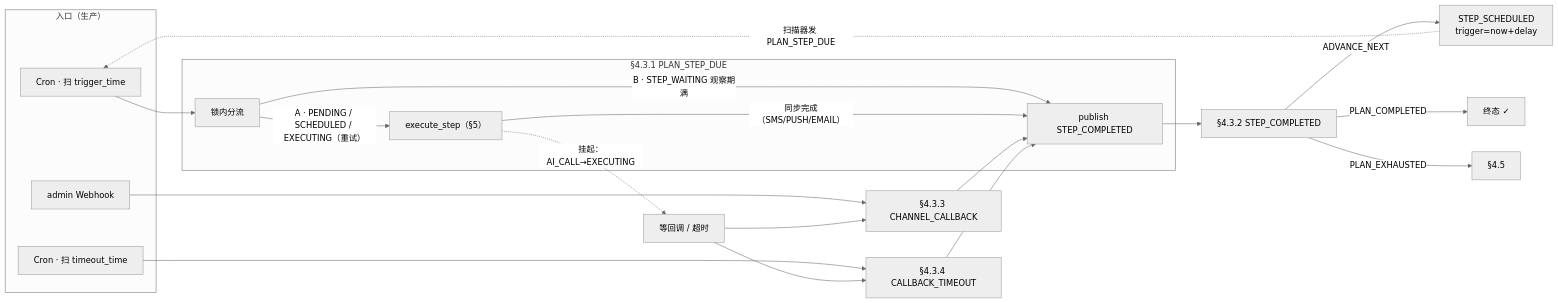
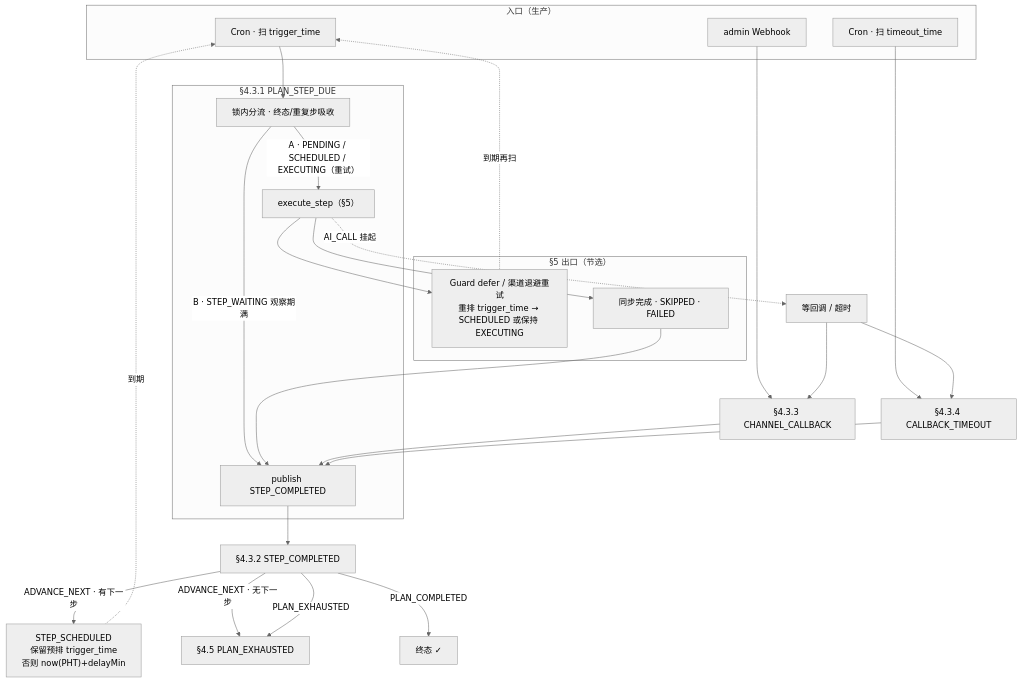
Before and after one commit to katherineliu2102/Intelligent-Collection-V1: the third of 5 diagrams in docs/MOCASA催收系统升级_Phase1_核心引擎规格.md, drawn with Mermaid (neutral theme). The commit also changed other lines of this file and 107 other files, not shown here.

````diff
--- a/docs/MOCASA催收系统升级_Phase1_核心引擎规格.md
+++ b/docs/MOCASA催收系统升级_Phase1_核心引擎规格.md
@@ -336,37 +325,46 @@
 ```mermaid
-flowchart LR
-    subgraph sources["入口（生产）"]
+flowchart TB
+    subgraph in["入口（生产）"]
         C1["Cron · 扫 trigger_time"]
         C2["Cron · 扫 timeout_time"]
         WH["admin Webhook"]
     end
 
-    subgraph due["§4.3.1 PLAN_STEP_DUE"]
-        S1["锁内分流"]
+    subgraph s431["§4.3.1 PLAN_STEP_DUE"]
+        S1["锁内分流 · 终态/重复步吸收"]
         EX["execute_step（§5）"]
         S1 -->|"A · PENDING / SCHEDULED / EXECUTING（重试）"| EX
         S1 -->|"B · STEP_WAITING 观察期满"| HUB
+    end
+
+    subgraph s5out["§5 出口（节选）"]
+        LOOP["Guard defer / 渠道退避重试<br/>重排 trigger_time → SCHEDULED 或保持 EXECUTING"]
+        SYNC["同步完成 · SKIPPED · FAILED"]
     end
 
     CB["§4.3.3 CHANNEL_CALLBACK"]
     TO["§4.3.4 CALLBACK_TIMEOUT"]
     HUB["publish STEP_COMPLETED"]
     ADV["§4.3.2 STEP_COMPLETED"]
 
     C1 --> S1
     C2 --> TO
     WH --> CB
 
-    EX -->|"同步完成（SMS/PUSH/EMAIL）"| HUB
-    EX -.->|"挂起：AI_CALL→EXECUTING"| hang["等回调 / 超时"]
-    hang --> CB
-    hang --> TO
+    EX --> LOOP
+    EX --> SYNC
+    EX -.->|"AI_CALL 挂起"| ASYNC["等回调 / 超时"]
+    LOOP -.->|"到期再扫"| C1
+    SYNC --> HUB
+    ASYNC --> CB
+    ASYNC --> TO
     CB --> HUB
     TO --> HUB
 
     HUB --> ADV
-    ADV -->|ADVANCE_NEXT| NEXT["STEP_SCHEDULED<br/>trigger=now+delay"]
+    ADV -->|"ADVANCE_NEXT · 有下一步"| NEXT["STEP_SCHEDULED<br/>保留预排 trigger_time<br/>否则 now(PHT)+delayMin"]
+    ADV -->|"ADVANCE_NEXT · 无下一步"| EXH["§4.5 PLAN_EXHAUSTED"]
     ADV -->|PLAN_COMPLETED| DONE["终态 ✓"]
-    ADV -->|PLAN_EXHAUSTED| EXH["§4.5"]
-    NEXT -.->|扫描器发 PLAN_STEP_DUE| C1
+    ADV -->|PLAN_EXHAUSTED| EXH
+    NEXT -.->|"到期"| C1
 ```
````
